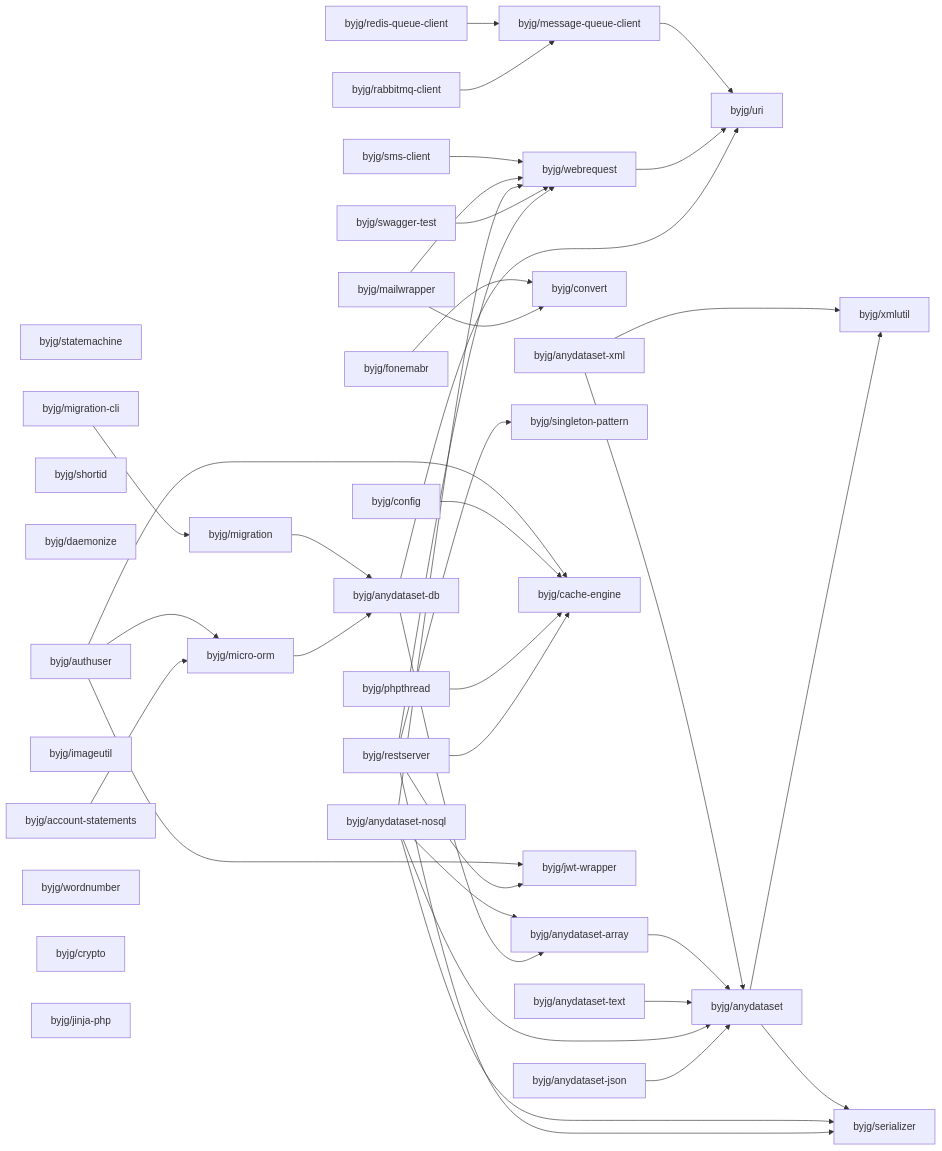
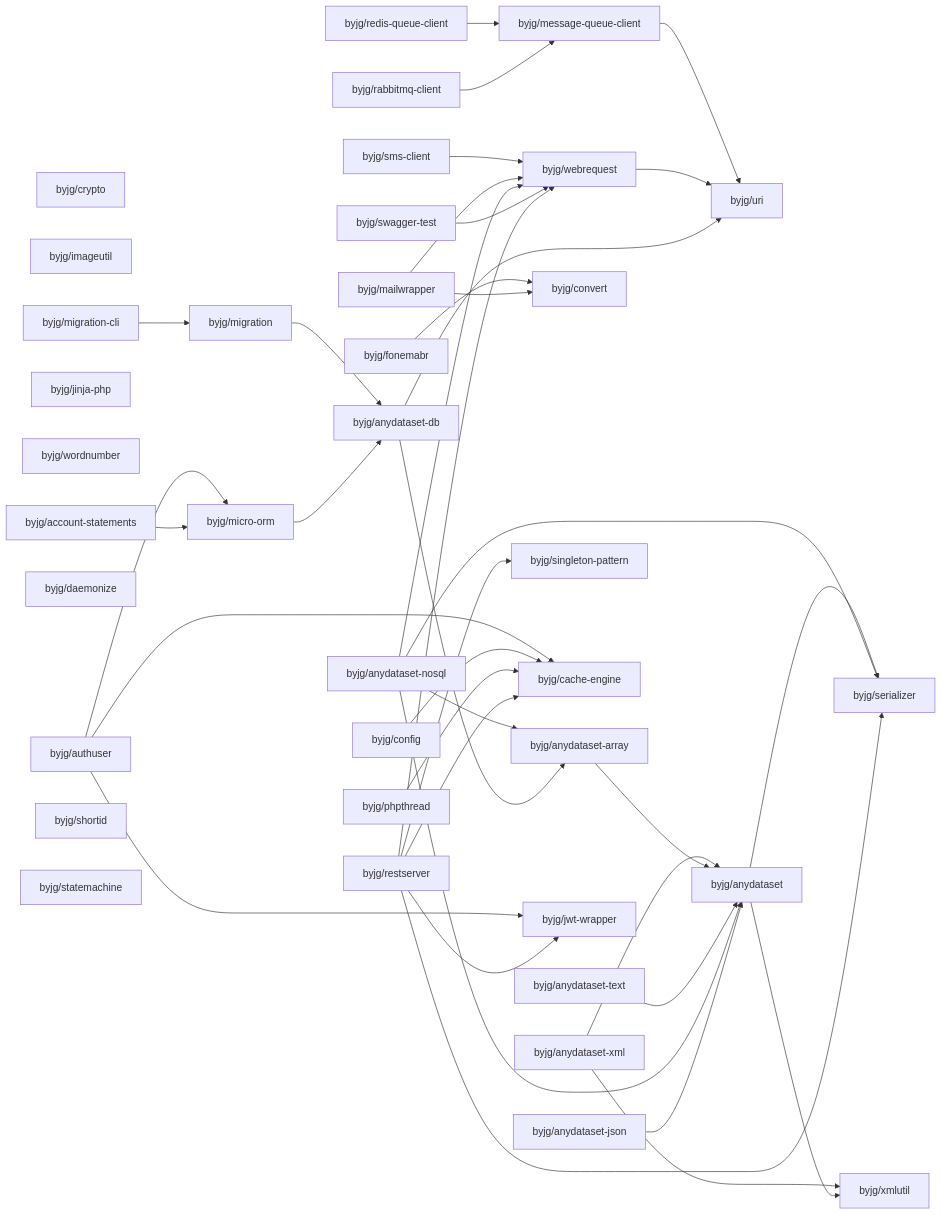
One commit to byjg/byjg.github.io changed the diagram in docs/php/README.md. Above: the diagram before and after it, drawn with Mermaid. The commit also changed other lines of this file, not shown here.

Commit message:
Update documentation 'php' 'php-migration'

````diff
--- a/docs/php/README.md
+++ b/docs/php/README.md
@@ -3,76 +3,76 @@
 ```mermaid
 graph LR;
+  byjg/config;
+  byjg/sms-client;
+  byjg/fonemabr;
+  byjg/crypto;
+  byjg/rabbitmq-client;
+  byjg/anydataset-json;
+  byjg/mailwrapper;
+  byjg/redis-queue-client;
+  byjg/imageutil;
+  byjg/authuser;
+  byjg/anydataset-nosql;
+  byjg/anydataset-text;
+  byjg/jinja-php;
   byjg/swagger-test;
-  byjg/mailwrapper;
+  byjg/phpthread;
+  byjg/wordnumber;
+  byjg/account-statements;
+  byjg/anydataset-xml;
+  byjg/daemonize;
+  byjg/migration-cli;
+  byjg/restserver;
+  byjg/shortid;
   byjg/statemachine;
-  byjg/config;
-  byjg/account-statements;
-  byjg/shortid;
-  byjg/redis-queue-client;
-  byjg/anydataset-nosql;
-  byjg/phpthread;
-  byjg/daemonize;
-  byjg/authuser;
-  byjg/anydataset-json;
-  byjg/fonemabr;
-  byjg/rabbitmq-client;
-  byjg/anydataset-text;
-  byjg/imageutil;
-  byjg/restserver;
-  byjg/migration-cli;
-  byjg/wordnumber;
-  byjg/sms-client;
-  byjg/crypto;
-  byjg/anydataset-xml;
-  byjg/jinja-php;
-  byjg/micro-orm;
   byjg/convert;
   byjg/message-queue-client;
+  byjg/micro-orm;
+  byjg/migration;
   byjg/singleton-pattern;
   byjg/cache-engine;
+  byjg/webrequest;
   byjg/jwt-wrapper;
-  byjg/migration;
-  byjg/webrequest;
   byjg/anydataset-db;
   byjg/anydataset-array;
   byjg/uri;
   byjg/anydataset;
   byjg/serializer;
   byjg/xmlutil;
   byjg/anydataset-xml --> byjg/anydataset;
   byjg/anydataset-xml --> byjg/xmlutil;
   byjg/anydataset-array --> byjg/anydataset;
   byjg/authuser --> byjg/micro-orm;
   byjg/authuser --> byjg/cache-engine;
   byjg/authuser --> byjg/jwt-wrapper;
   byjg/config --> byjg/cache-engine;
   byjg/anydataset --> byjg/serializer;
   byjg/anydataset --> byjg/xmlutil;
   byjg/account-statements --> byjg/micro-orm;
   byjg/migration --> byjg/anydataset-db;
   byjg/fonemabr --> byjg/convert;
   byjg/sms-client --> byjg/webrequest;
   byjg/message-queue-client --> byjg/uri;
   byjg/mailwrapper --> byjg/convert;
   byjg/mailwrapper --> byjg/webrequest;
   byjg/webrequest --> byjg/uri;
   byjg/redis-queue-client --> byjg/message-queue-client;
   byjg/anydataset-text --> byjg/anydataset;
   byjg/migration-cli --> byjg/migration;
   byjg/micro-orm --> byjg/anydataset-db;
   byjg/phpthread --> byjg/cache-engine;
   byjg/anydataset-nosql --> byjg/anydataset;
   byjg/anydataset-nosql --> byjg/anydataset-array;
   byjg/anydataset-nosql --> byjg/serializer;
   byjg/anydataset-nosql --> byjg/webrequest;
   byjg/swagger-test --> byjg/webrequest;
   byjg/rabbitmq-client --> byjg/message-queue-client;
   byjg/anydataset-db --> byjg/anydataset-array;
   byjg/anydataset-db --> byjg/uri;
   byjg/anydataset-json --> byjg/anydataset;
   byjg/restserver --> byjg/serializer;
   byjg/restserver --> byjg/singleton-pattern;
   byjg/restserver --> byjg/cache-engine;
   byjg/restserver --> byjg/webrequest;
   byjg/restserver --> byjg/jwt-wrapper;
 ```
````
